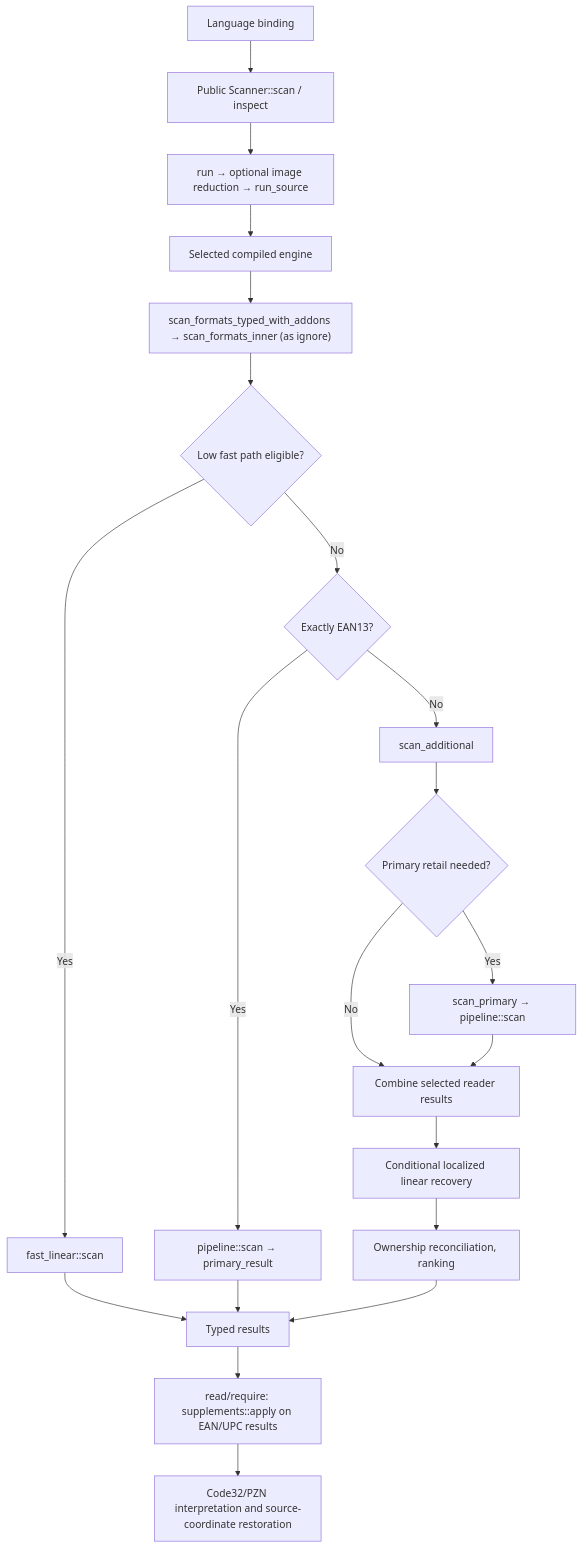
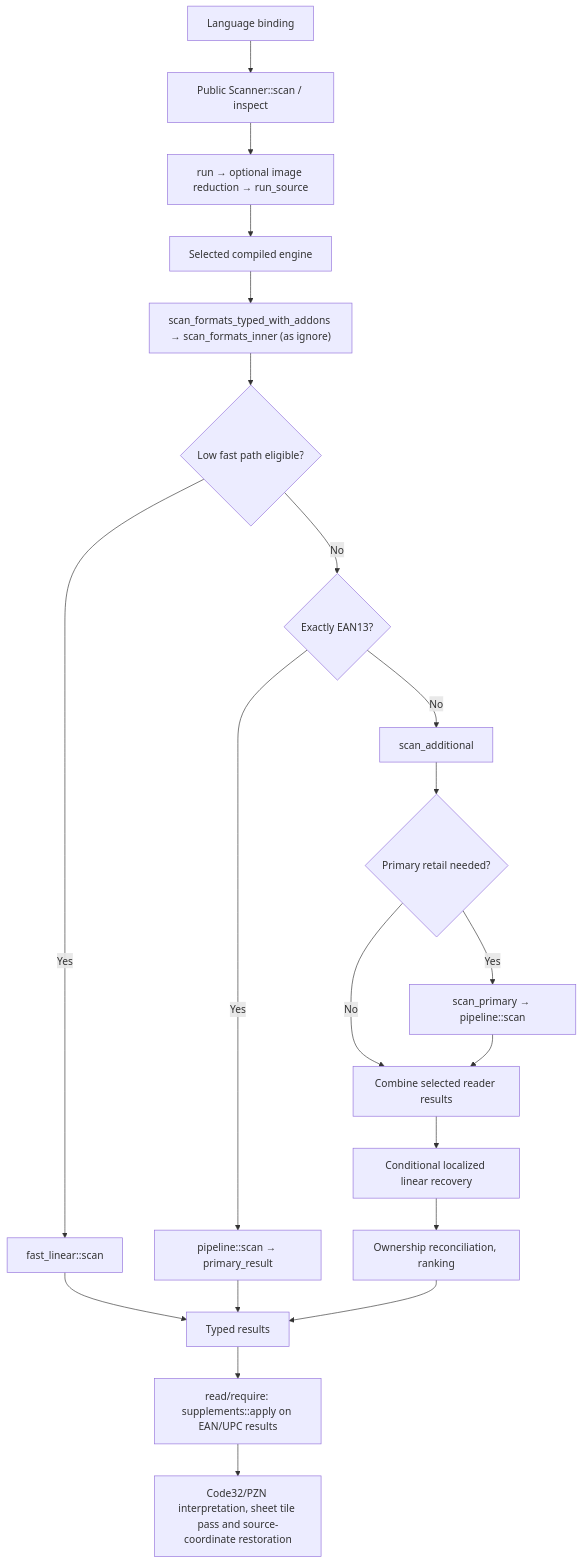
Before and after one commit to kleinicke/tapirscan: the diagram in docs/LIBRARY_MAP.md, drawn with Mermaid. The commit also changed other lines of this file and 3 other files, not shown here.

````diff
--- a/docs/LIBRARY_MAP.md
+++ b/docs/LIBRARY_MAP.md
@@ -25,23 +25,23 @@
 ```mermaid
 flowchart TD
     A["Language binding"] --> B["Public Scanner::scan / inspect"]
     B --> C["run → optional image reduction → run_source"]
     C --> D["Selected compiled engine"]
     D --> E["scan_formats_typed_with_addons → scan_formats_inner (as ignore)"]
     E --> F{"Low fast path eligible?"}
     F -->|Yes| G["fast_linear::scan"]
     F -->|No| H{"Exactly EAN13?"}
     H -->|Yes| I["pipeline::scan → primary_result"]
     H -->|No| J["scan_additional"]
     J --> K{"Primary retail needed?"}
     K -->|Yes| R["scan_primary → pipeline::scan"]
     K -->|No| L["Combine selected reader results"]
     R --> L
     L --> M["Conditional localized linear recovery"]
     M --> N["Ownership reconciliation, ranking"]
     G --> O["Typed results"]
     I --> O
     N --> O
     O --> S["read/require: supplements::apply on EAN/UPC results"]
-    S --> P["Code32/PZN interpretation and source-coordinate restoration"]
+    S --> P["Code32/PZN interpretation, sheet tile pass and source-coordinate restoration"]
 ```
````
